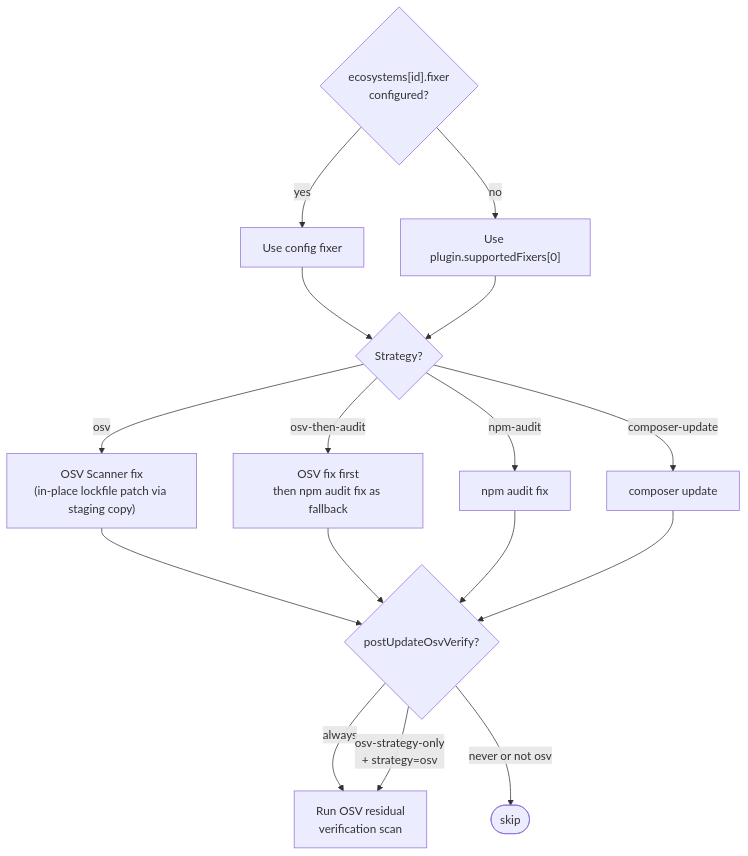
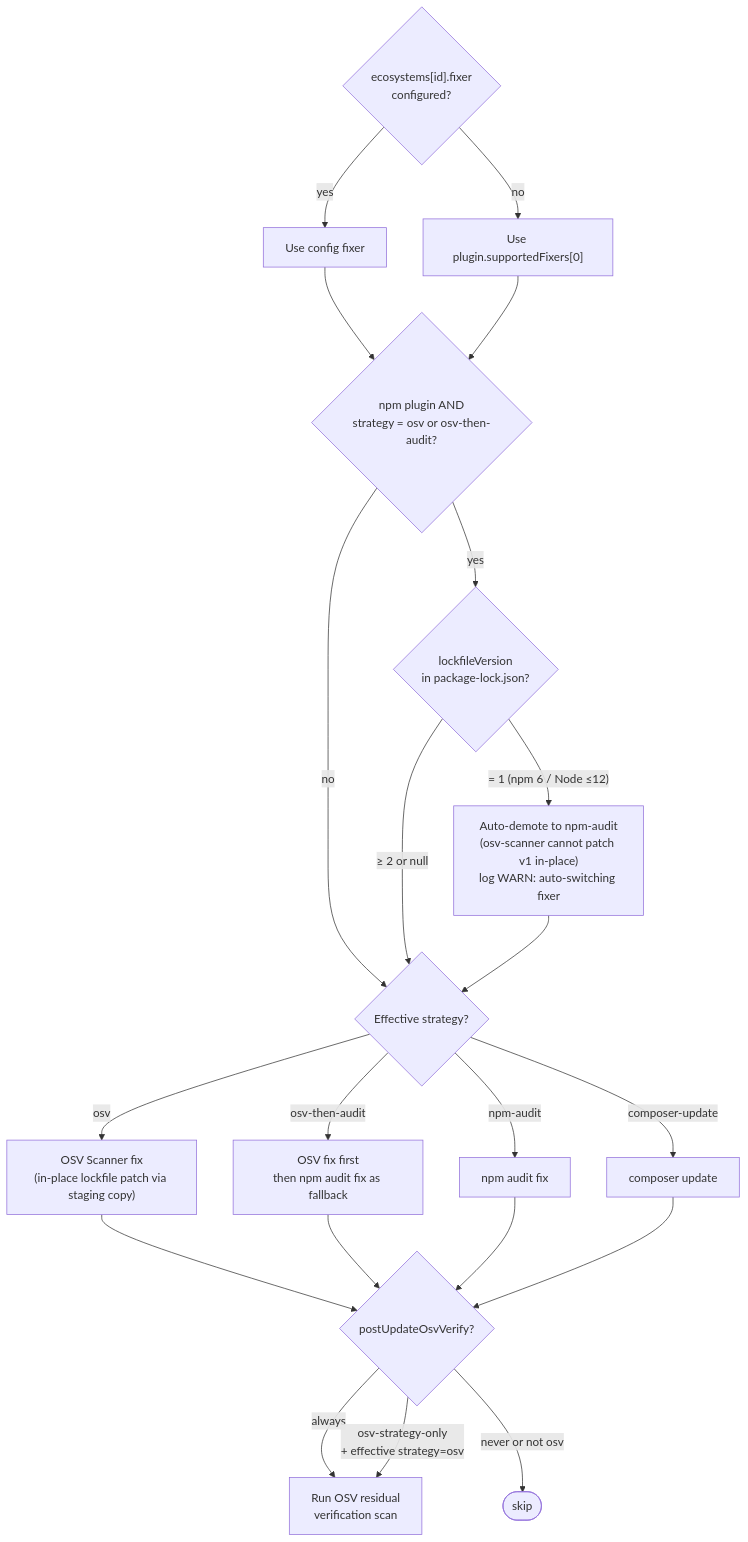
One commit to ejklock/deep-health changed the ninth of 10 diagrams in docs/architecture.md. Above: the diagram before and after it, drawn with Mermaid. The commit also changed other lines of this file and 2 other files, not shown here.

Commit message:
feat: enhance documentation for auto-demotion of fixer strategy and native_deps support in npm

````diff
--- a/docs/architecture.md
+++ b/docs/architecture.md
@@ -523,24 +536,33 @@
 ```mermaid
 flowchart TD
     CONFIG{"ecosystems[id].fixer\nconfigured?"}
     CONFIG -- yes --> USE_CONFIG["Use config fixer"]
     CONFIG -- no --> PLUGIN_DEF["Use plugin.supportedFixers[0]"]
 
-    USE_CONFIG --> FIXER
-    PLUGIN_DEF --> FIXER
+    USE_CONFIG --> DEMOTE_CHECK
+    PLUGIN_DEF --> DEMOTE_CHECK
 
-    FIXER{"Strategy?"}
+    DEMOTE_CHECK{"npm plugin AND\nstrategy = osv or osv-then-audit?"}
+    DEMOTE_CHECK -- no --> FIXER
+    DEMOTE_CHECK -- yes --> LOCK_VER{"lockfileVersion\nin package-lock.json?"}
+
+    LOCK_VER -- "= 1 (npm 6 / Node ≤12)" --> DEMOTE["Auto-demote to npm-audit\n(osv-scanner cannot patch v1 in-place)\nlog WARN: auto-switching fixer"]
+    LOCK_VER -- "≥ 2 or null" --> FIXER
+
+    DEMOTE --> FIXER
+
+    FIXER{"Effective strategy?"}
     FIXER -- "osv" --> OSV_ONLY["OSV Scanner fix\n(in-place lockfile patch via staging copy)"]
     FIXER -- "npm-audit" --> NPM_AUDIT["npm audit fix"]
     FIXER -- "osv-then-audit" --> CHAIN["OSV fix first\nthen npm audit fix as fallback"]
     FIXER -- "composer-update" --> COMP_UPD["composer update <packages>"]
 
     OSV_ONLY --> POST_VERIFY{"postUpdateOsvVerify?"}
     CHAIN --> POST_VERIFY
     NPM_AUDIT --> POST_VERIFY
     COMP_UPD --> POST_VERIFY
 
     POST_VERIFY -- "always" --> RUN_OSV_VERIFY["Run OSV residual\nverification scan"]
-    POST_VERIFY -- "osv-strategy-only\n+ strategy=osv" --> RUN_OSV_VERIFY
+    POST_VERIFY -- "osv-strategy-only\n+ effective strategy=osv" --> RUN_OSV_VERIFY
     POST_VERIFY -- "never or not osv" --> SKIP_VERIFY([skip])
 ```
````
